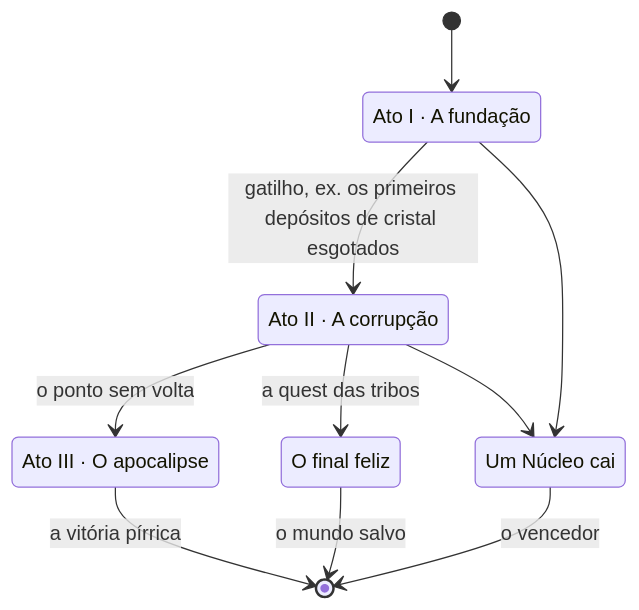
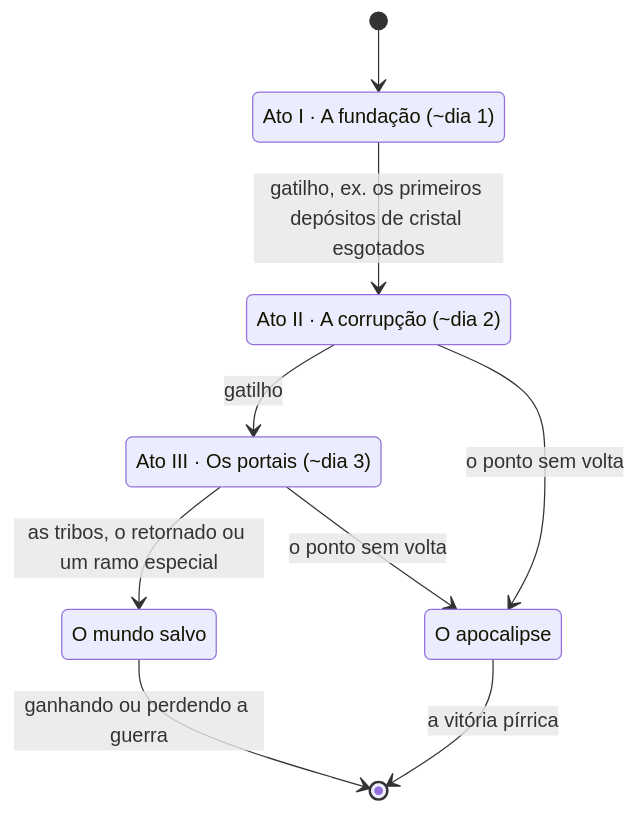
One commit to eliasfeijo/geometrix changed the seventh of 8 diagrams in docs/GAMEPLAY.md. Above: the diagram before and after it, drawn with Mermaid. The commit also changed other lines of this file and 10 other files, not shown here.

````diff
--- a/docs/GAMEPLAY.md
+++ b/docs/GAMEPLAY.md
@@ -337,17 +358,16 @@
 ```mermaid
 stateDiagram-v2
     [*] --> AtoI
-    AtoI: Ato I · A fundação
-    AtoII: Ato II · A corrupção
-    AtoIII: Ato III · O apocalipse
-    Feliz: O final feliz
-    Guerra: Um Núcleo cai
+    AtoI: Ato I · A fundação (~dia 1)
+    AtoII: Ato II · A corrupção (~dia 2)
+    AtoIII: Ato III · Os portais (~dia 3)
+    Salvo: O mundo salvo
+    Apocalipse: O apocalipse
     AtoI --> AtoII: gatilho, ex. os primeiros depósitos de cristal esgotados
-    AtoII --> AtoIII: o ponto sem volta
-    AtoII --> Feliz: a quest das tribos
-    AtoI --> Guerra
-    AtoII --> Guerra
-    AtoIII --> [*]: a vitória pírrica
-    Feliz --> [*]: o mundo salvo
-    Guerra --> [*]: o vencedor
+    AtoII --> AtoIII: gatilho
+    AtoIII --> Salvo: as tribos, o retornado ou um ramo especial
+    AtoII --> Apocalipse: o ponto sem volta
+    AtoIII --> Apocalipse: o ponto sem volta
+    Salvo --> [*]: ganhando ou perdendo a guerra
+    Apocalipse --> [*]: a vitória pírrica
 ```
````
